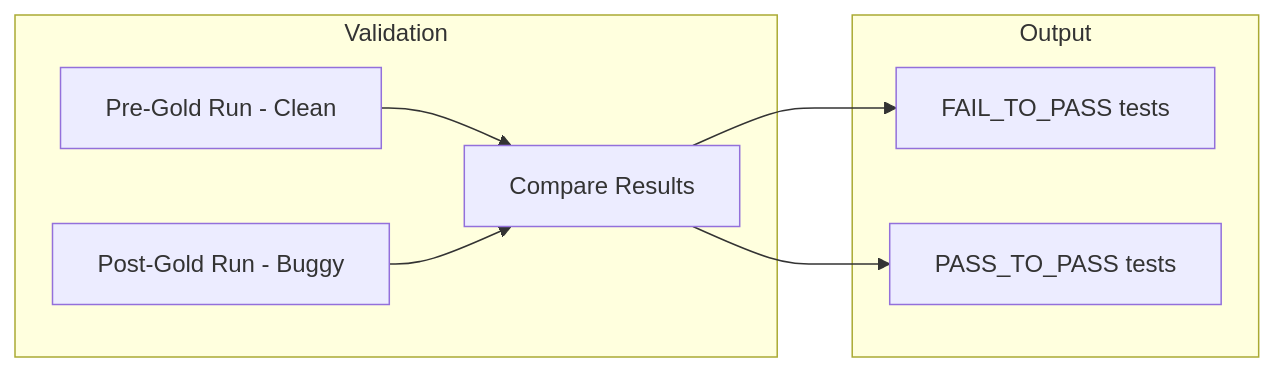
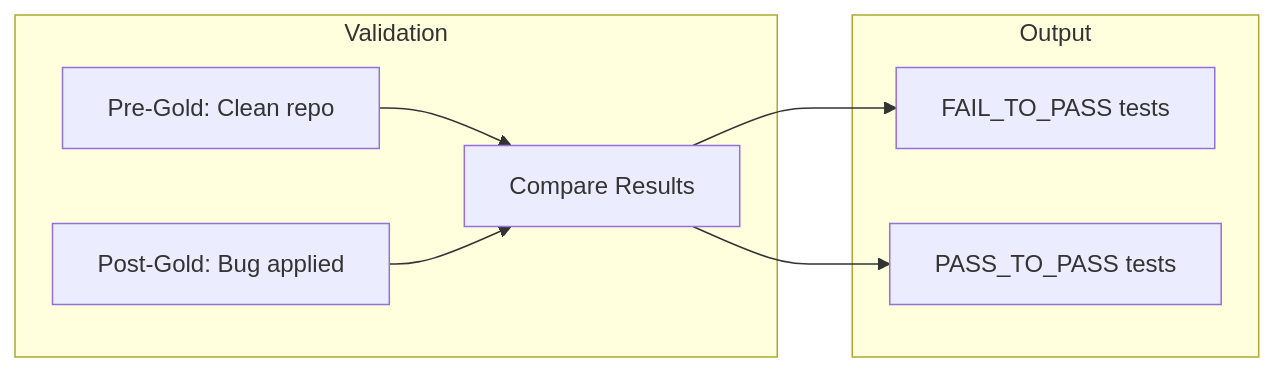
Before and after one commit to danielzayas/taskgen: the sixth of 8 diagrams in docs/swe_smith_comparison.md, drawn with Mermaid. The commit also changed other lines of this file, not shown here.

````diff
--- a/docs/swe_smith_comparison.md
+++ b/docs/swe_smith_comparison.md
@@ -230,18 +333,18 @@
 ```mermaid
 flowchart LR
     subgraph Validation
-        PreGold[Pre-Gold Run - Clean]
-        PostGold[Post-Gold Run - Buggy]
+        PreGold[Pre-Gold: Clean repo]
+        PostGold[Post-Gold: Bug applied]
         Compare[Compare Results]
     end
     
     subgraph Output
         F2P[FAIL_TO_PASS tests]
         P2P[PASS_TO_PASS tests]
     end
     
     PreGold --> Compare
     PostGold --> Compare
     Compare --> F2P
     Compare --> P2P
 ```
````
